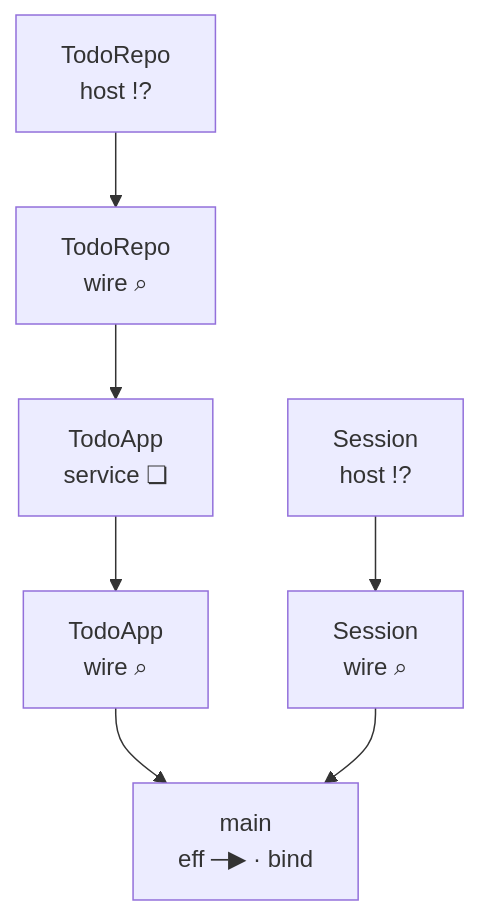
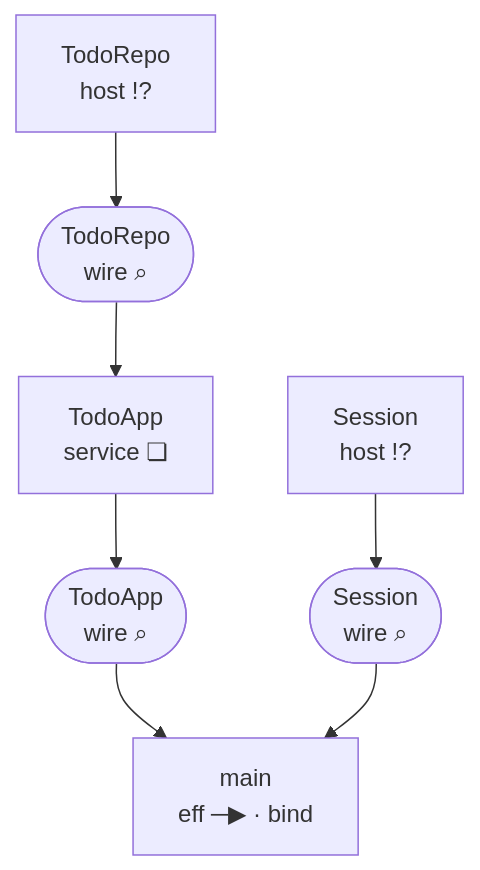
One commit to pure-algebra/lean4-effect4 changed the first of 3 diagrams in generated/graphs/todo.gen.md. Above: the diagram before and after it, drawn with Mermaid. The commit also changed other lines of this file and 15 other files, not shown here.

First line of the commit message:
A figure's node has a form: box, wire or port (Tools.Form), drawn by every fold; relation rows name their nodes by key (row 443 (5))

````diff
--- a/generated/graphs/todo.gen.md
+++ b/generated/graphs/todo.gen.md
@@ -140,16 +140,16 @@
 ```mermaid
 flowchart TB
   n0["TodoRepo<br/>host !?"]
   n1["Session<br/>host !?"]
-  n2["TodoRepo<br/>wire ⌕"]
-  n3["Session<br/>wire ⌕"]
+  n2(["TodoRepo<br/>wire ⌕"])
+  n3(["Session<br/>wire ⌕"])
   n4["TodoApp<br/>service ❏"]
-  n5["TodoApp<br/>wire ⌕"]
+  n5(["TodoApp<br/>wire ⌕"])
   n6["main<br/>eff ─▶ · bind"]
   n0 --> n2
   n4 --> n5
   n1 --> n3
   n2 --> n4
   n5 --> n6
   n3 --> n6
 ```
````
